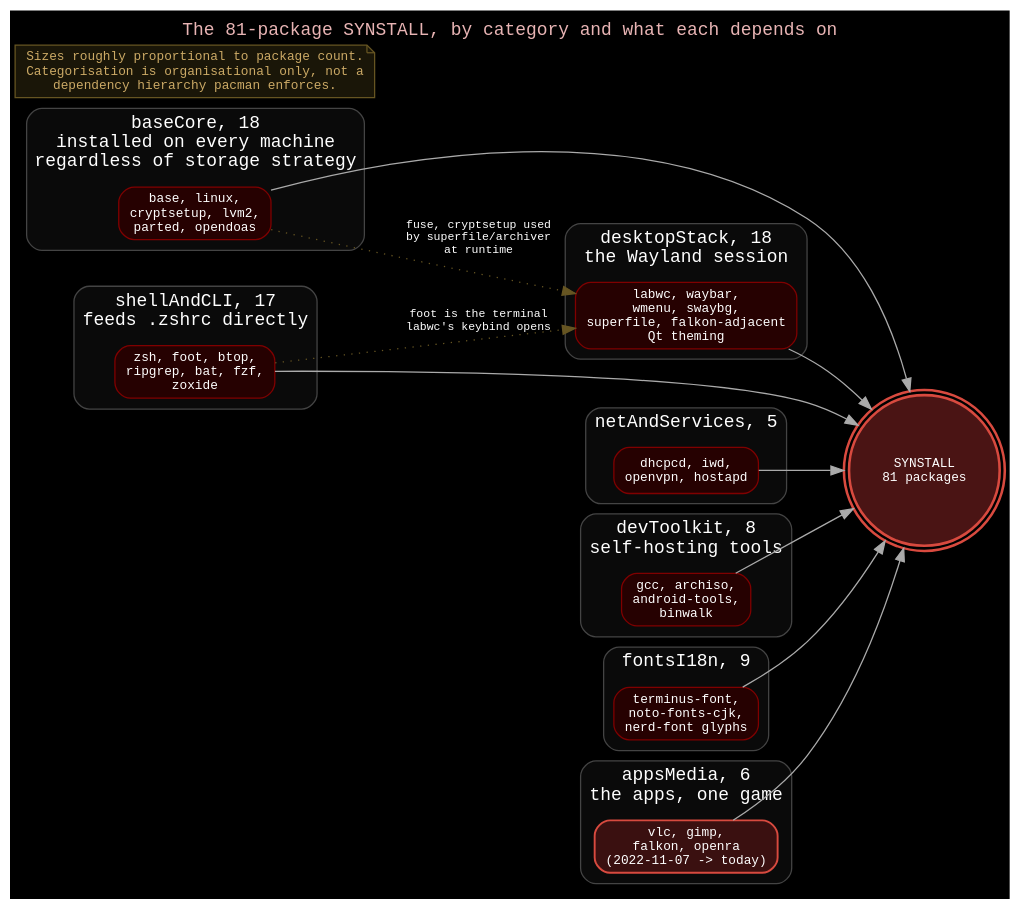
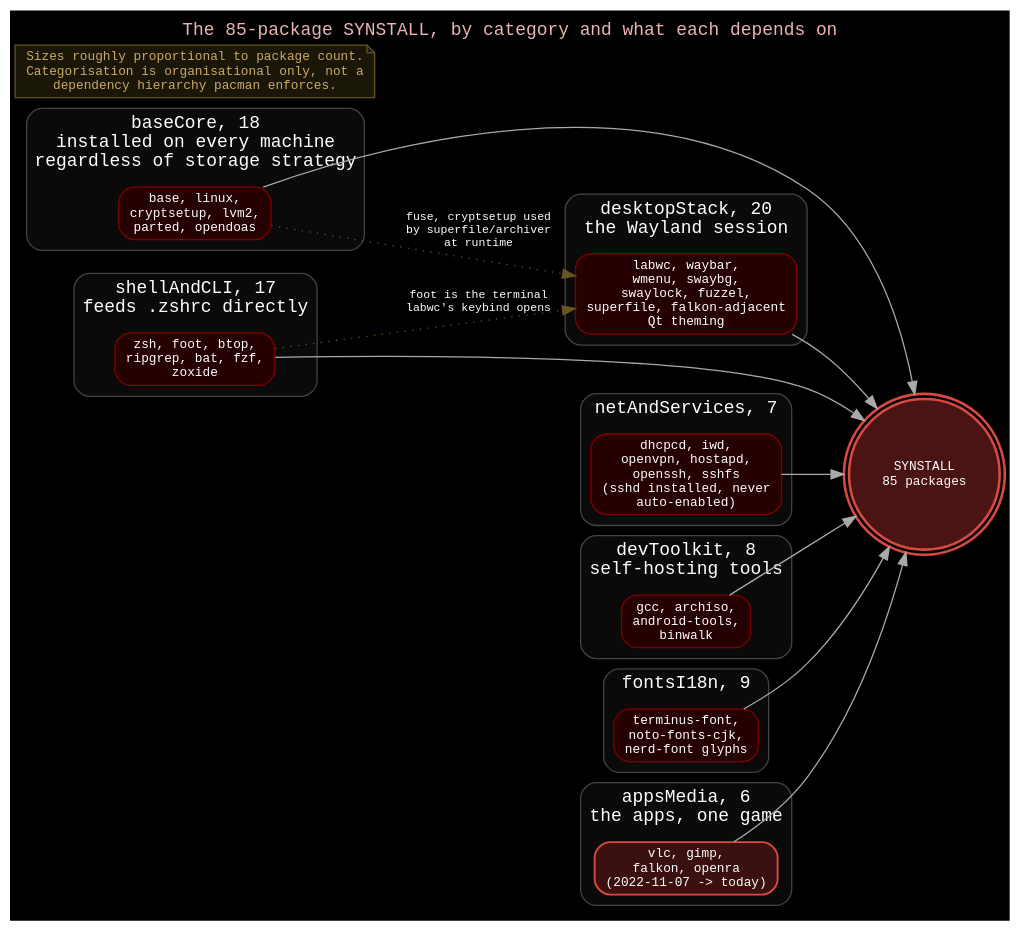
Before and after one commit to syn990/SYN-OS: the diagram in Graphviz/packages-map.dot, drawn with Graphviz. The commit also changed 7 other files, not shown here.

Commit message:
diagrams: update packages map, add philosophy and theming-live-reload

```diff
--- a/Graphviz/packages-map.dot
+++ b/Graphviz/packages-map.dot
@@ -1,61 +1,61 @@
 digraph package_map {
   rankdir=LR;
   bgcolor="#000000";
   fontname="monospace";
   node [shape=box, style="rounded,filled", fillcolor="#2c0101", color="#800000", fontcolor="white", fontname="monospace", fontsize=10];
   edge [color="#AAAAAA", fontcolor="white", fontname="monospace", fontsize=9];
 
-  label="The 81-package SYNSTALL, by category and what each depends on";
+  label="The 85-package SYNSTALL, by category and what each depends on";
   labelloc="t"; fontsize=14; fontcolor="#e8b4b4";
 
-  synstall [label="SYNSTALL\n81 packages", shape=doublecircle, fillcolor="#4a1414", penwidth=2, color="#d84a3f"];
+  synstall [label="SYNSTALL\n85 packages", shape=doublecircle, fillcolor="#4a1414", penwidth=2, color="#d84a3f"];
 
   subgraph cluster_base {
     label="baseCore, 18\ninstalled on every machine\nregardless of storage strategy"; style="rounded"; color="#444444"; fontcolor="white"; bgcolor="#0a0a0a";
     base_ex [label="base, linux,\ncryptsetup, lvm2,\nparted, opendoas", fillcolor="#260101"];
   }
 
   subgraph cluster_net {
-    label="netAndServices, 5"; style="rounded"; color="#444444"; fontcolor="white"; bgcolor="#0a0a0a";
-    net_ex [label="dhcpcd, iwd,\nopenvpn, hostapd", fillcolor="#260101"];
+    label="netAndServices, 7"; style="rounded"; color="#444444"; fontcolor="white"; bgcolor="#0a0a0a";
+    net_ex [label="dhcpcd, iwd,\nopenvpn, hostapd,\nopenssh, sshfs\n(sshd installed, never\nauto-enabled)", fillcolor="#260101"];
   }
 
   subgraph cluster_shell {
     label="shellAndCLI, 17\nfeeds .zshrc directly"; style="rounded"; color="#444444"; fontcolor="white"; bgcolor="#0a0a0a";
     shell_ex [label="zsh, foot, btop,\nripgrep, bat, fzf,\nzoxide", fillcolor="#260101"];
   }
 
   subgraph cluster_desktop {
-    label="desktopStack, 18\nthe Wayland session"; style="rounded"; color="#444444"; fontcolor="white"; bgcolor="#0a0a0a";
-    desktop_ex [label="labwc, waybar,\nwmenu, swaybg,\nsuperfile, falkon-adjacent\nQt theming", fillcolor="#260101"];
+    label="desktopStack, 20\nthe Wayland session"; style="rounded"; color="#444444"; fontcolor="white"; bgcolor="#0a0a0a";
+    desktop_ex [label="labwc, waybar,\nwmenu, swaybg,\nswaylock, fuzzel,\nsuperfile, falkon-adjacent\nQt theming", fillcolor="#260101"];
   }
 
   subgraph cluster_dev {
     label="devToolkit, 8\nself-hosting tools"; style="rounded"; color="#444444"; fontcolor="white"; bgcolor="#0a0a0a";
     dev_ex [label="gcc, archiso,\nandroid-tools,\nbinwalk", fillcolor="#260101"];
   }
 
   subgraph cluster_fonts {
     label="fontsI18n, 9"; style="rounded"; color="#444444"; fontcolor="white"; bgcolor="#0a0a0a";
     fonts_ex [label="terminus-font,\nnoto-fonts-cjk,\nnerd-font glyphs", fillcolor="#260101"];
   }
 
   subgraph cluster_apps {
     label="appsMedia, 6\nthe apps, one game"; style="rounded"; color="#444444"; fontcolor="white"; bgcolor="#0a0a0a";
     apps_ex [label="vlc, gimp,\nfalkon, openra\n(2022-11-07 -> today)", fillcolor="#3a1010", color="#d84a3f", penwidth=1.5];
   }
 
   base_ex -> synstall;
   net_ex -> synstall;
   shell_ex -> synstall;
   desktop_ex -> synstall;
   dev_ex -> synstall;
   fonts_ex -> synstall;
   apps_ex -> synstall;
 
   base_ex -> desktop_ex [style=dotted, color="#665522", label="  fuse, cryptsetup used\n  by superfile/archiver\n  at runtime"];
   shell_ex -> desktop_ex [style=dotted, color="#665522", label="  foot is the terminal\n  labwc's keybind opens"];
 
   note [shape=note, fillcolor="#1a1608", color="#665522", fontcolor="#ccaa66",
         label="Sizes roughly proportional to package count.\nCategorisation is organisational only, not a\ndependency hierarchy pacman enforces."];
 }
```
